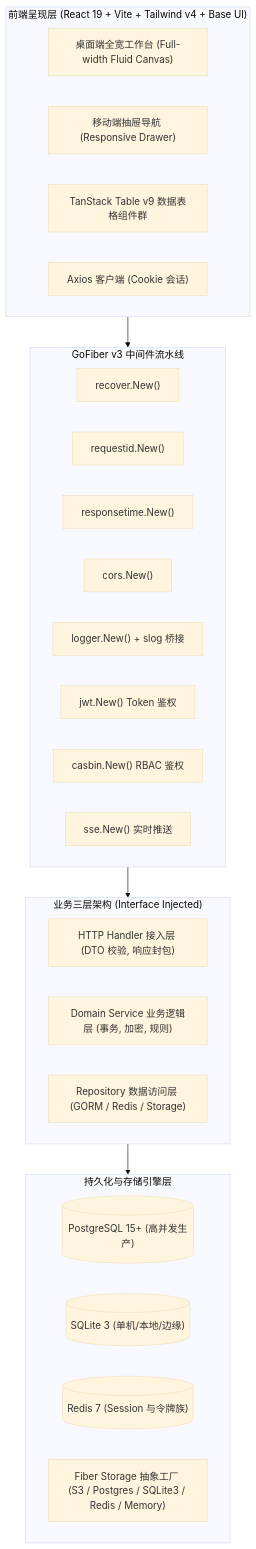
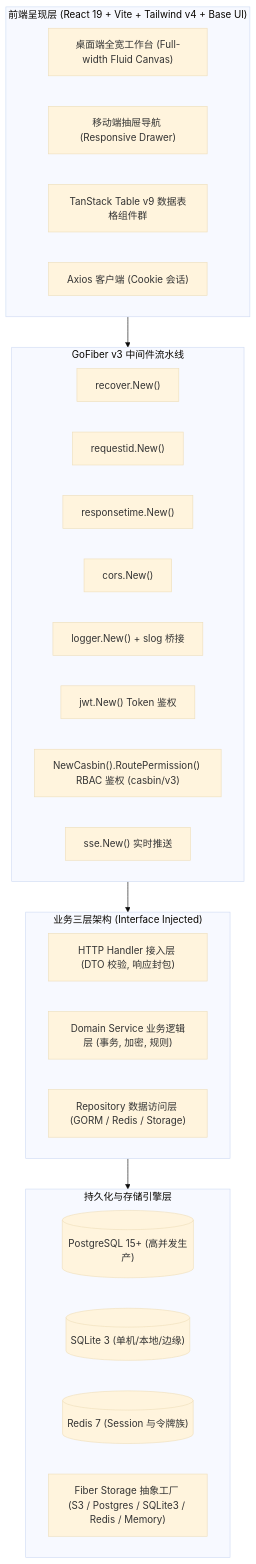
Before and after one commit to everstarmy/InfraNexus: the diagram in docs/ARCHITECTURE_AND_PLAN.md, drawn with Mermaid (base theme). The commit also changed other lines of this file and 12 other files, not shown here.

````diff
--- a/docs/ARCHITECTURE_AND_PLAN.md
+++ b/docs/ARCHITECTURE_AND_PLAN.md
@@ -9,37 +9,37 @@
 ```mermaid
 graph TD
     subgraph ClientLayer["前端呈现层 (React 19 + Vite + Tailwind v4 + Base UI)"]
         UI_Desktop["桌面端全宽工作台 (Full-width Fluid Canvas)"]
         UI_Mobile["移动端抽屉导航 (Responsive Drawer)"]
         DataTable["TanStack Table v9 数据表格组件群"]
         AxiosClient["Axios 客户端 (Cookie 会话)"]
     end
 
     subgraph GatewayLayer["GoFiber v3 中间件流水线"]
         MW_Recover["recover.New()"]
         MW_ReqID["requestid.New()"]
         MW_RespTime["responsetime.New()"]
         MW_CORS["cors.New()"]
         MW_Logger["logger.New() + slog 桥接"]
         MW_JWT["jwt.New() Token 鉴权"]
-        MW_Casbin["casbin.New() RBAC 鉴权"]
+        MW_Casbin["NewCasbin().RoutePermission() RBAC 鉴权 (casbin/v3)"]
         MW_SSE["sse.New() 实时推送"]
     end
 
     subgraph AppLayer["业务三层架构 (Interface Injected)"]
         Handler["HTTP Handler 接入层 (DTO 校验, 响应封包)"]
         Service["Domain Service 业务逻辑层 (事务, 加密, 规则)"]
         Repository["Repository 数据访问层 (GORM / Redis / Storage)"]
     end
 
     subgraph DataLayer["持久化与存储引擎层"]
         DB_PG[("PostgreSQL 15+ (高并发生产)")]
         DB_SQLite[("SQLite 3 (单机/本地/边缘)")]
         Cache_Redis[("Redis 7 (Session 与令牌族)")]
         UnifiedStorage["Fiber Storage 抽象工厂 (S3 / Postgres / SQLite3 / Redis / Memory)"]
     end
 
     ClientLayer --> GatewayLayer
     GatewayLayer --> AppLayer
     AppLayer --> DataLayer
 ```
````
